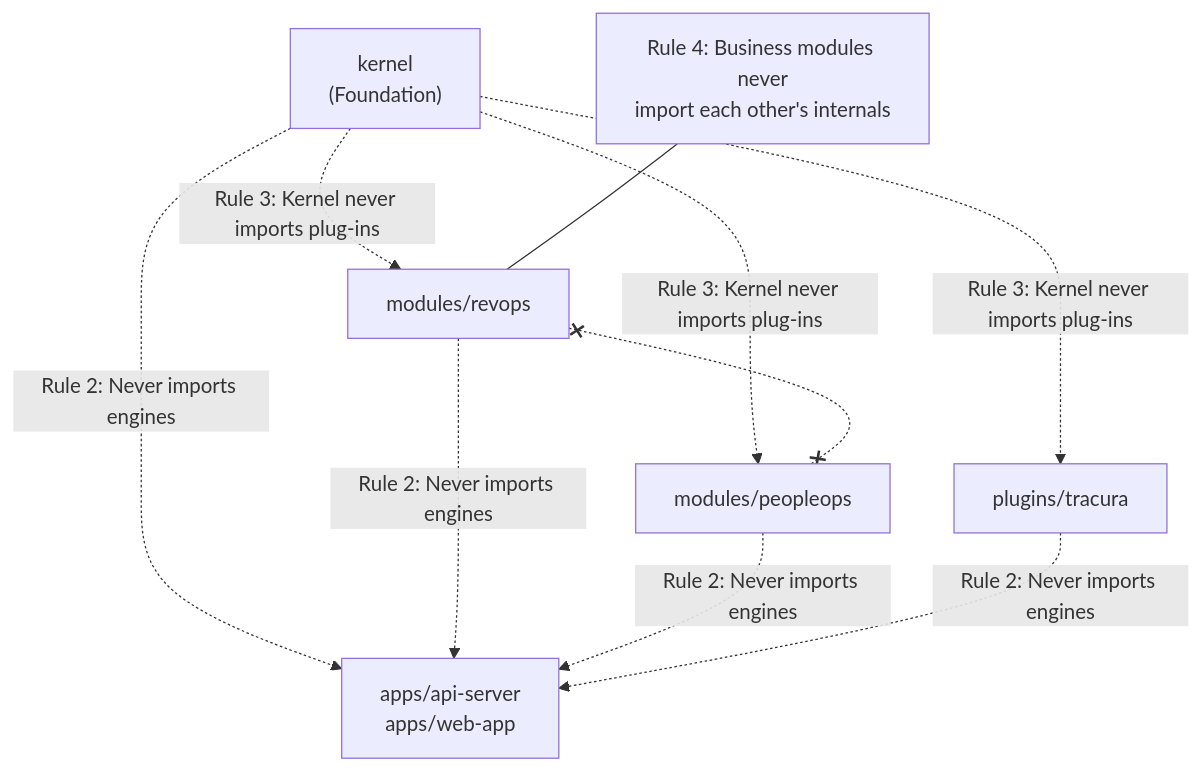
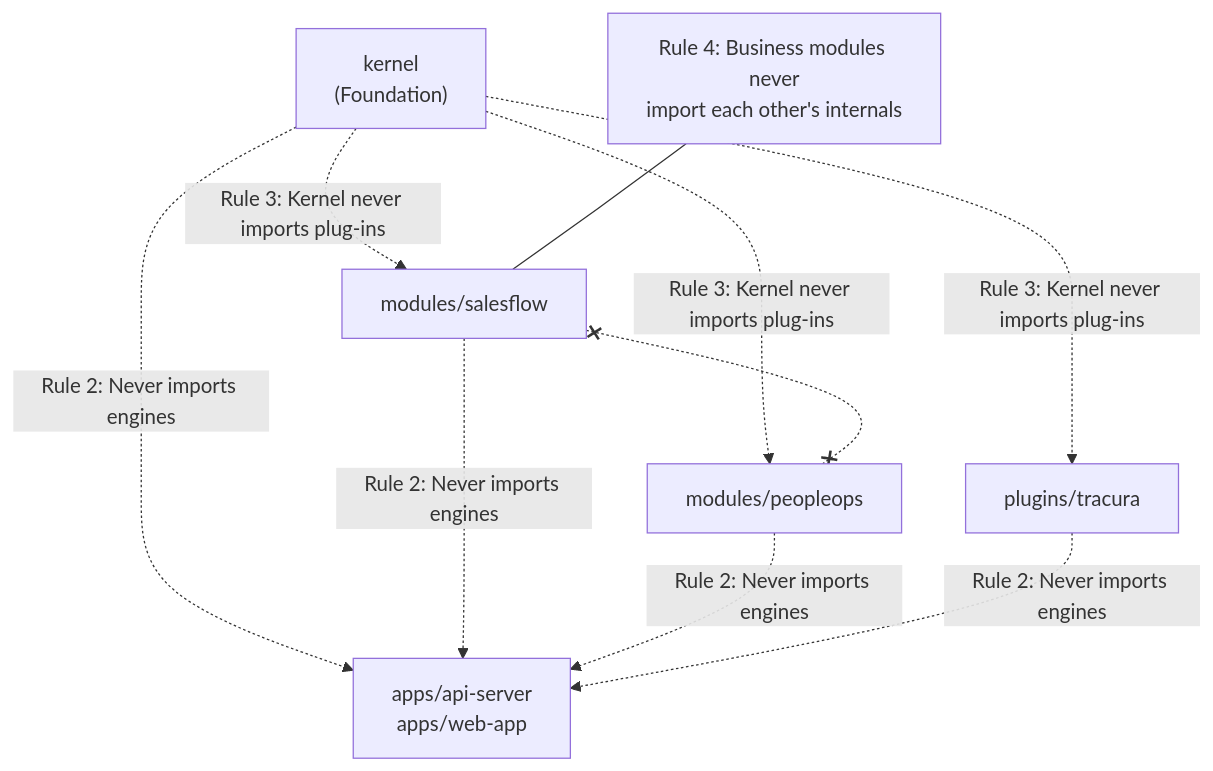
The diagram in apps/landing/content/dev-docs/architecture/plugin-contract.mdx (innostes-dev/erp), drawn with Mermaid before and after one commit. The commit also changed other lines of this file and 94 other files, not shown here.

Commit message:
refactor(modules): rename CRM module from revops to salesflow across platform and docs

````diff
--- a/apps/landing/content/dev-docs/architecture/plugin-contract.mdx
+++ b/apps/landing/content/dev-docs/architecture/plugin-contract.mdx
@@ -204,22 +204,22 @@
 ```mermaid
 flowchart TD
   Engine["apps/api-server\napps/web-app"]
   Kernel["kernel\n(Foundation)"]
-  RevOps["modules/revops"]
+  SalesFlow["modules/salesflow"]
   PeopleOps["modules/peopleops"]
   Plugin["plugins/tracura"]
 
   Kernel -. "Rule 2: Never imports engines" .-> Engine
-  RevOps -. "Rule 2: Never imports engines" .-> Engine
+  SalesFlow -. "Rule 2: Never imports engines" .-> Engine
   PeopleOps -. "Rule 2: Never imports engines" .-> Engine
   Plugin -. "Rule 2: Never imports engines" .-> Engine
 
-  Kernel -. "Rule 3: Kernel never imports plug-ins" .-> RevOps
+  Kernel -. "Rule 3: Kernel never imports plug-ins" .-> SalesFlow
   Kernel -. "Rule 3: Kernel never imports plug-ins" .-> PeopleOps
   Kernel -. "Rule 3: Kernel never imports plug-ins" .-> Plugin
 
-  RevOps x-.-x PeopleOps
-  note["Rule 4: Business modules never\nimport each other's internals"] --- RevOps
+  SalesFlow x-.-x PeopleOps
+  note["Rule 4: Business modules never\nimport each other's internals"] --- SalesFlow
 
   classDef forbidden stroke:#ef4444,stroke-width:2px,stroke-dasharray: 5 5;
 ```
````
